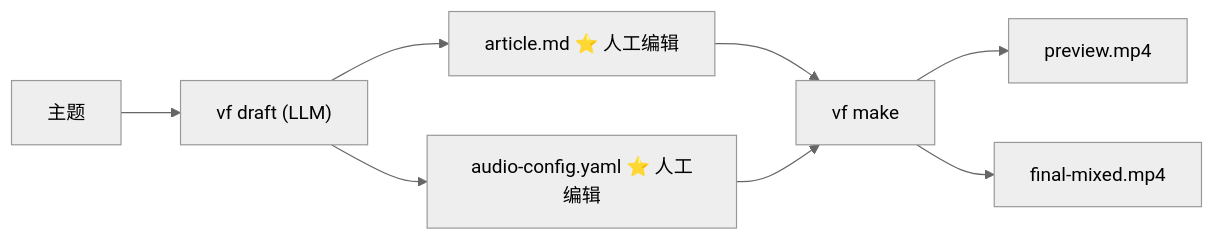
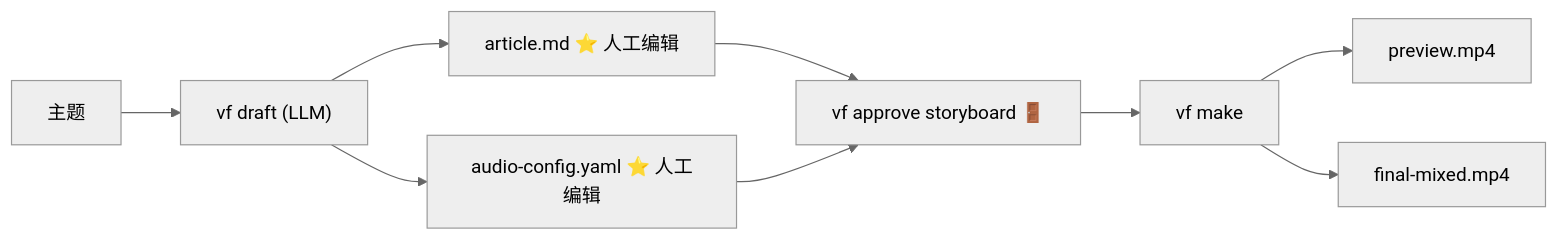
Before and after one commit to huangjien/ai-video-factory: the second of 2 diagrams in docs/INSTALLATION_AND_USAGE.zh-CN.md, drawn with Mermaid (neutral theme). The commit also changed other lines of this file and 1 other file, not shown here.

````diff
--- a/docs/INSTALLATION_AND_USAGE.zh-CN.md
+++ b/docs/INSTALLATION_AND_USAGE.zh-CN.md
@@ -671,10 +855,11 @@
 ```mermaid
 flowchart LR
     topic[主题] --> vfDraft["vf draft (LLM)"]
     vfDraft --> articleMD["article.md ⭐ 人工编辑"]
     vfDraft --> audioConfig["audio-config.yaml ⭐ 人工编辑"]
-    articleMD --> vfMake["vf make"]
-    audioConfig --> vfMake
+    articleMD --> vfApprove["vf approve storyboard 🚪"]
+    audioConfig --> vfApprove
+    vfApprove --> vfMake["vf make"]
     vfMake --> previewMp4[preview.mp4]
-    vfMake --> finalMixedMp4[final-mixed.mp4]
+    vfMake --> finalMixedMp4["final-mixed.mp4"]
 ```
````
